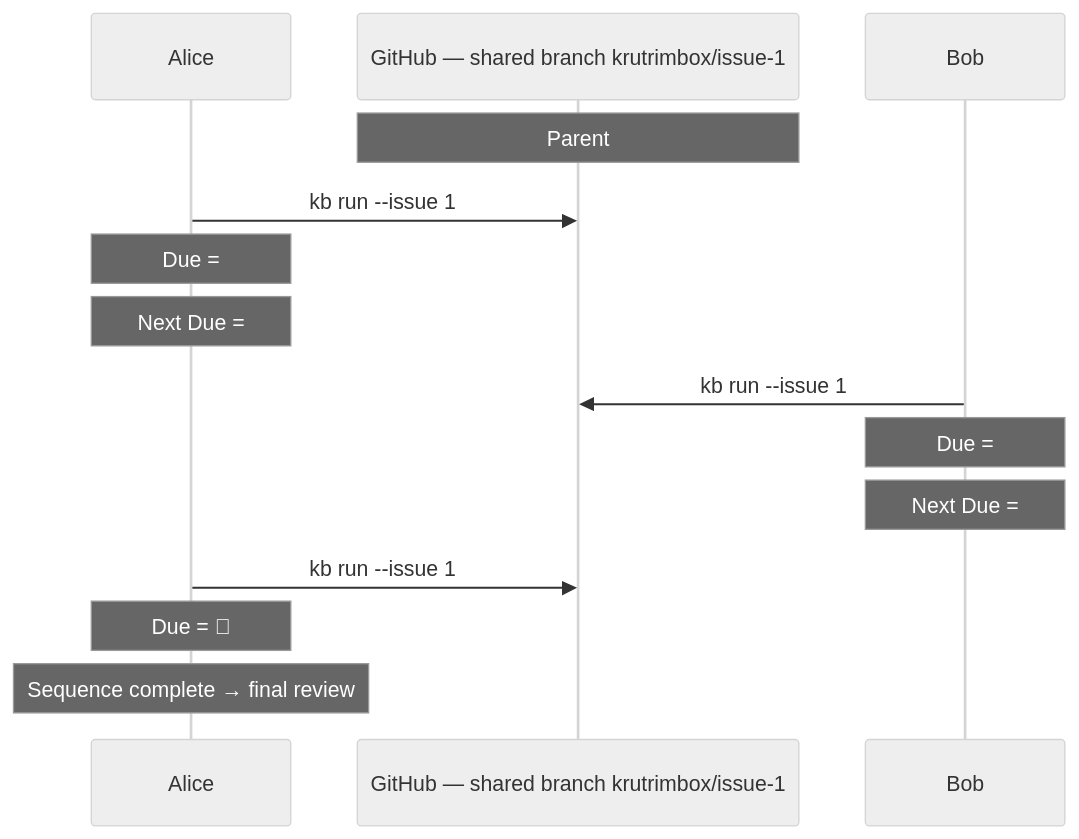
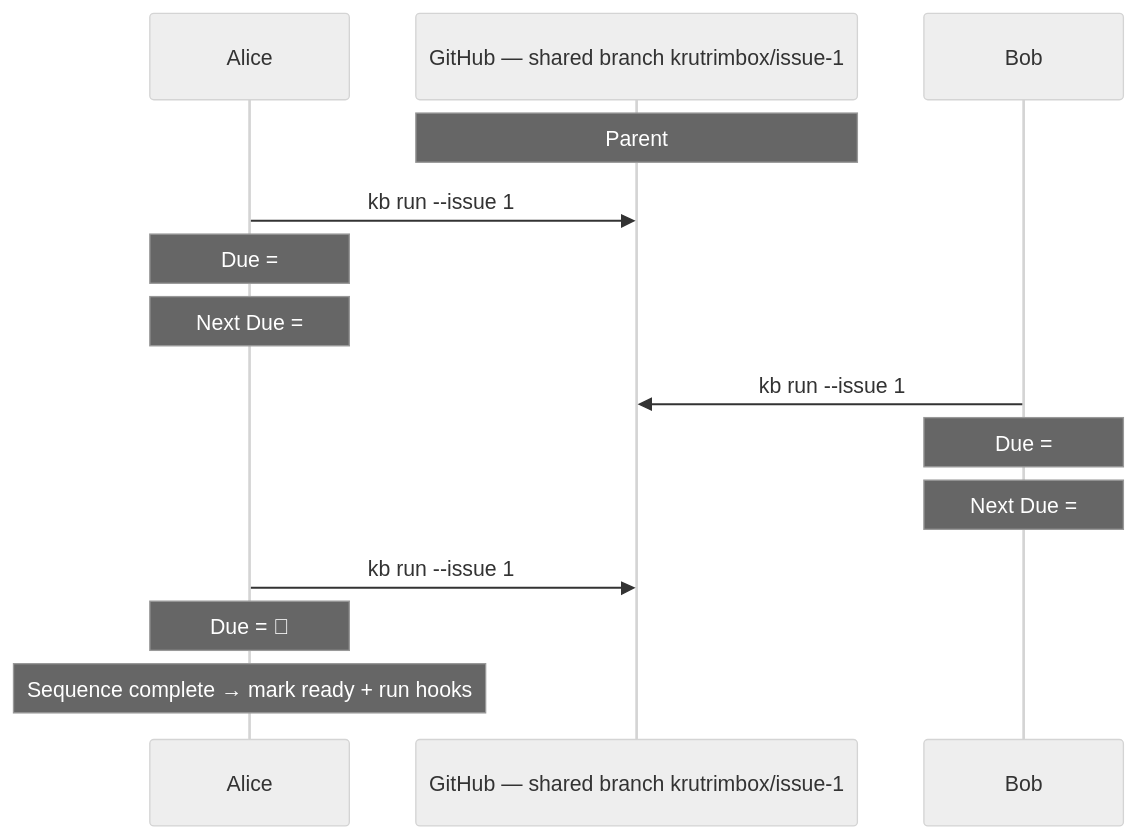
One commit to jd-solanki/krutrimbox changed the third of 3 diagrams in docs/vitepress/guide/team-workflows.md. Above: the diagram before and after it, drawn with Mermaid (neutral theme). The commit also changed 39 other files, not shown here.

````diff
--- a/docs/vitepress/guide/team-workflows.md
+++ b/docs/vitepress/guide/team-workflows.md
@@ -56,16 +56,16 @@
 ```mermaid
 sequenceDiagram
   participant A as Alice
   participant G as GitHub — shared branch krutrimbox/issue-1
   participant B as Bob
   Note over G: Parent #1 — subs #2 (Alice), #3 (Bob), #4 (Alice)
   A->>G: kb run --issue 1
   Note over A: Due = #2 (hers) → implement, push Refs #2
   Note over A: Next Due = #3 (Bob's) → pause (handoff)
   B->>G: kb run --issue 1
   Note over B: Due = #3 (his); #2 done → implement, push Refs #3
   Note over B: Next Due = #4 (Alice's) → pause
   A->>G: kb run --issue 1
   Note over A: Due = #4; #2 & #3 done → implement, push Refs #4
-  Note over A: Sequence complete → final review
+  Note over A: Sequence complete → mark ready + run hooks
 ```
````
